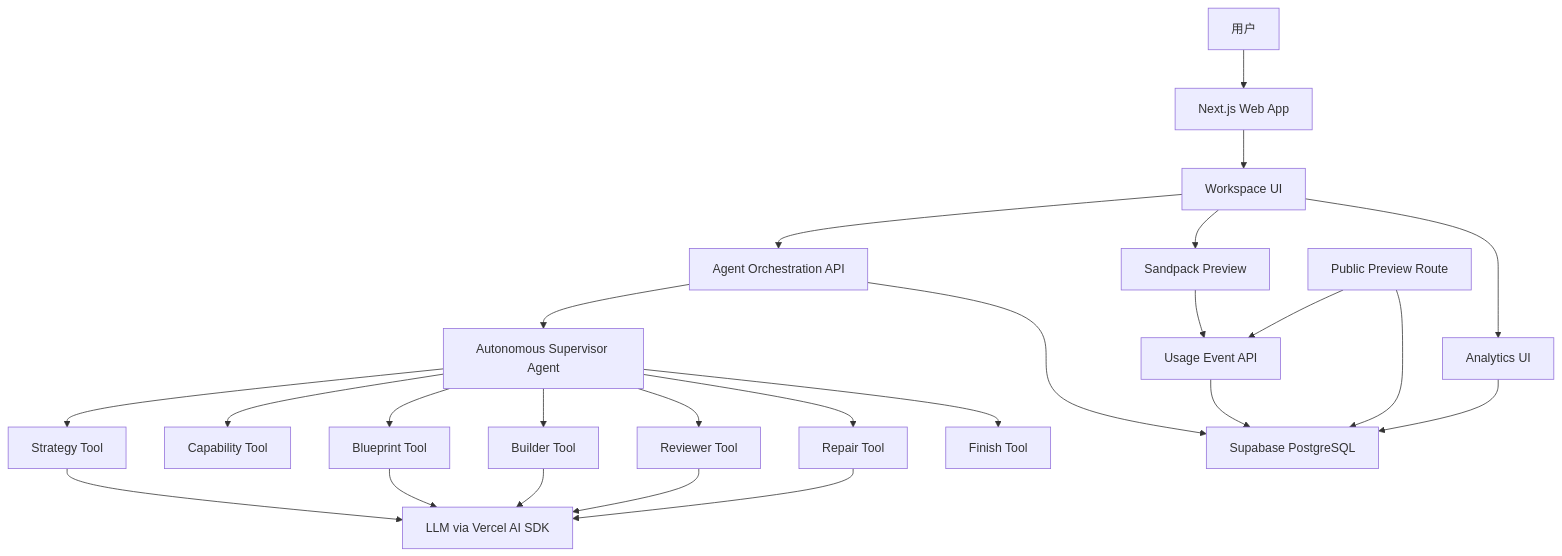
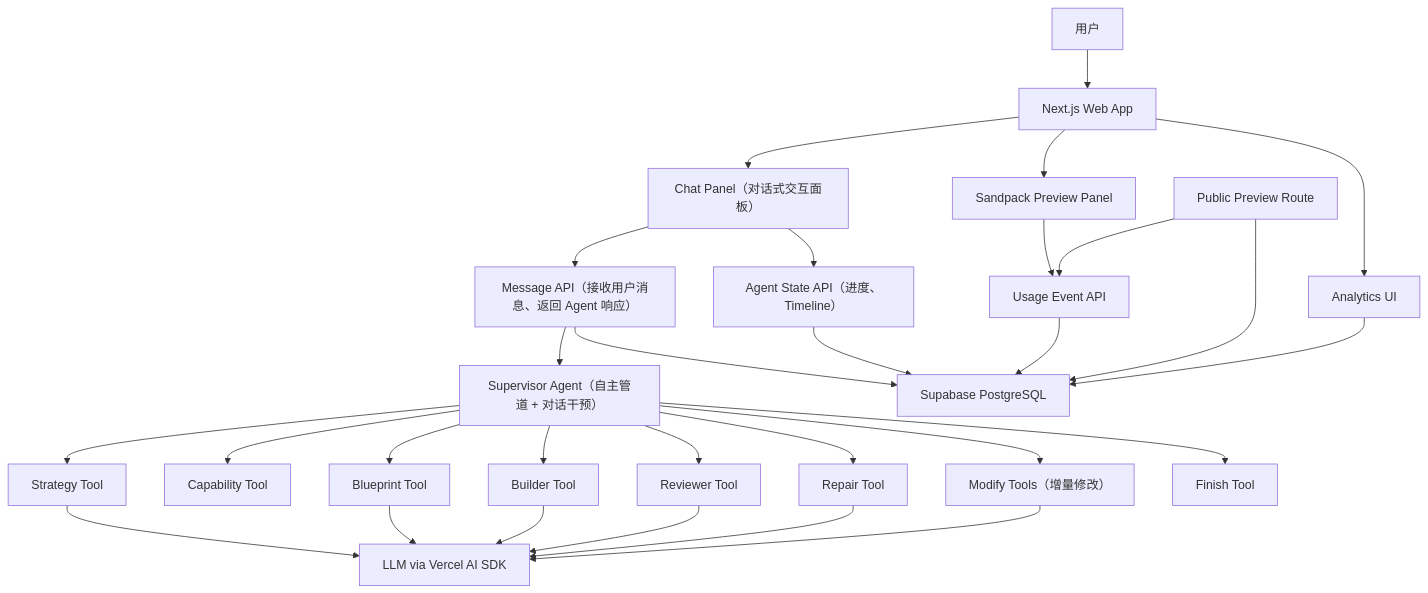
Before and after one commit to avatarxy/venture-flow: the first of 3 diagrams in docs/technical-architecture.md, drawn with Mermaid. The commit also changed other lines of this file and 23 other files, not shown here.

First line of the commit message:
feat: refactor to conversational ai builder architecture

````diff
--- a/docs/technical-architecture.md
+++ b/docs/technical-architecture.md
@@ -74,31 +81,36 @@
 ```mermaid
 flowchart TD
   User["用户"] --> Web["Next.js Web App"]
-  Web --> Workspace["Workspace UI"]
-  Workspace --> AgentAPI["Agent Orchestration API"]
-  Workspace --> Preview["Sandpack Preview"]
-  Workspace --> Analytics["Analytics UI"]
+  Web --> Chat["Chat Panel（对话式交互面板）"]
+  Web --> Preview["Sandpack Preview Panel"]
+  Web --> Analytics["Analytics UI"]
 
-  AgentAPI --> Supervisor["Autonomous Supervisor Agent"]
+  Chat --> MessageAPI["Message API（接收用户消息、返回 Agent 响应）"]
+  Chat --> AgentStateAPI["Agent State API（进度、Timeline）"]
+
+  MessageAPI --> Supervisor["Supervisor Agent（自主管道 + 对话干预）"]
   Supervisor --> StrategyTool["Strategy Tool"]
   Supervisor --> CapabilityTool["Capability Tool"]
   Supervisor --> BlueprintTool["Blueprint Tool"]
   Supervisor --> BuilderTool["Builder Tool"]
   Supervisor --> ReviewerTool["Reviewer Tool"]
   Supervisor --> RepairTool["Repair Tool"]
+  Supervisor --> ModifyTool["Modify Tools（增量修改）"]
   Supervisor --> FinishTool["Finish Tool"]
 
   StrategyTool --> LLM["LLM via Vercel AI SDK"]
   BlueprintTool --> LLM
   BuilderTool --> LLM
   ReviewerTool --> LLM
   RepairTool --> LLM
+  ModifyTool --> LLM
 
-  AgentAPI --> DB["Supabase PostgreSQL"]
+  MessageAPI --> DB["Supabase PostgreSQL"]
+  AgentStateAPI --> DB
   Preview --> EventAPI["Usage Event API"]
   EventAPI --> DB
   Analytics --> DB
 
   PublicPreview["Public Preview Route"] --> EventAPI
   PublicPreview --> DB
 ```
````
